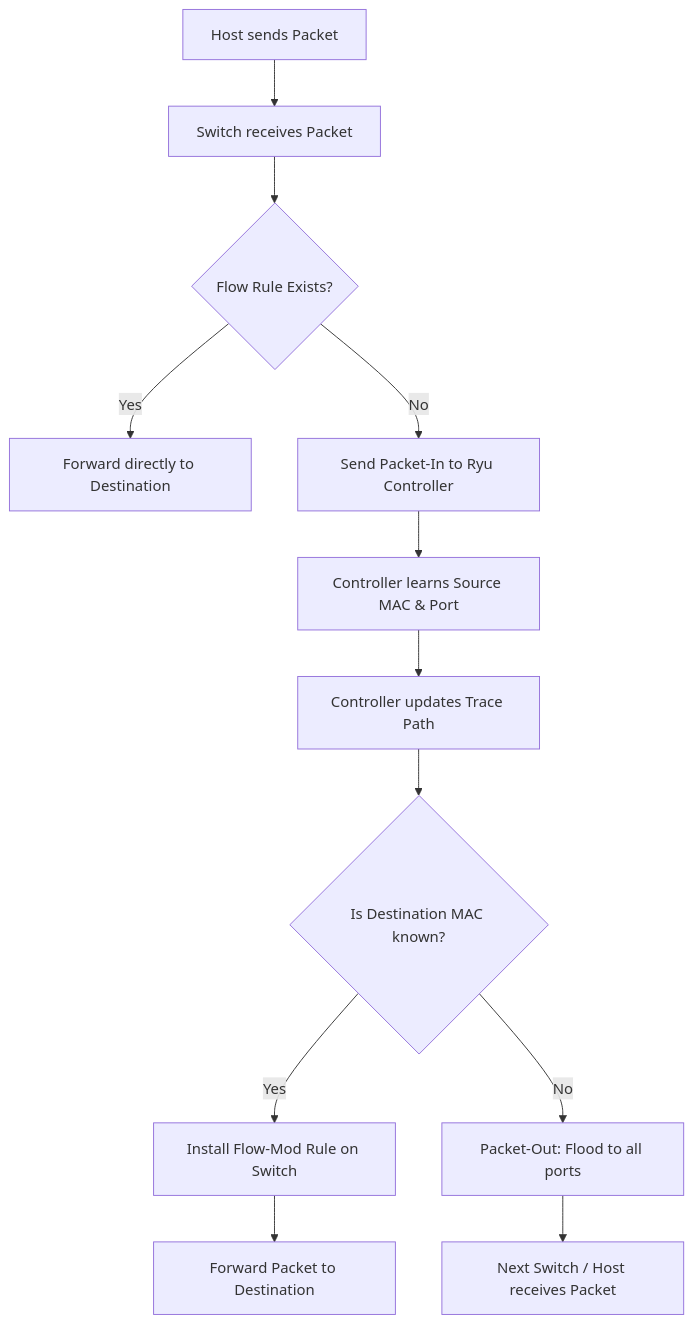
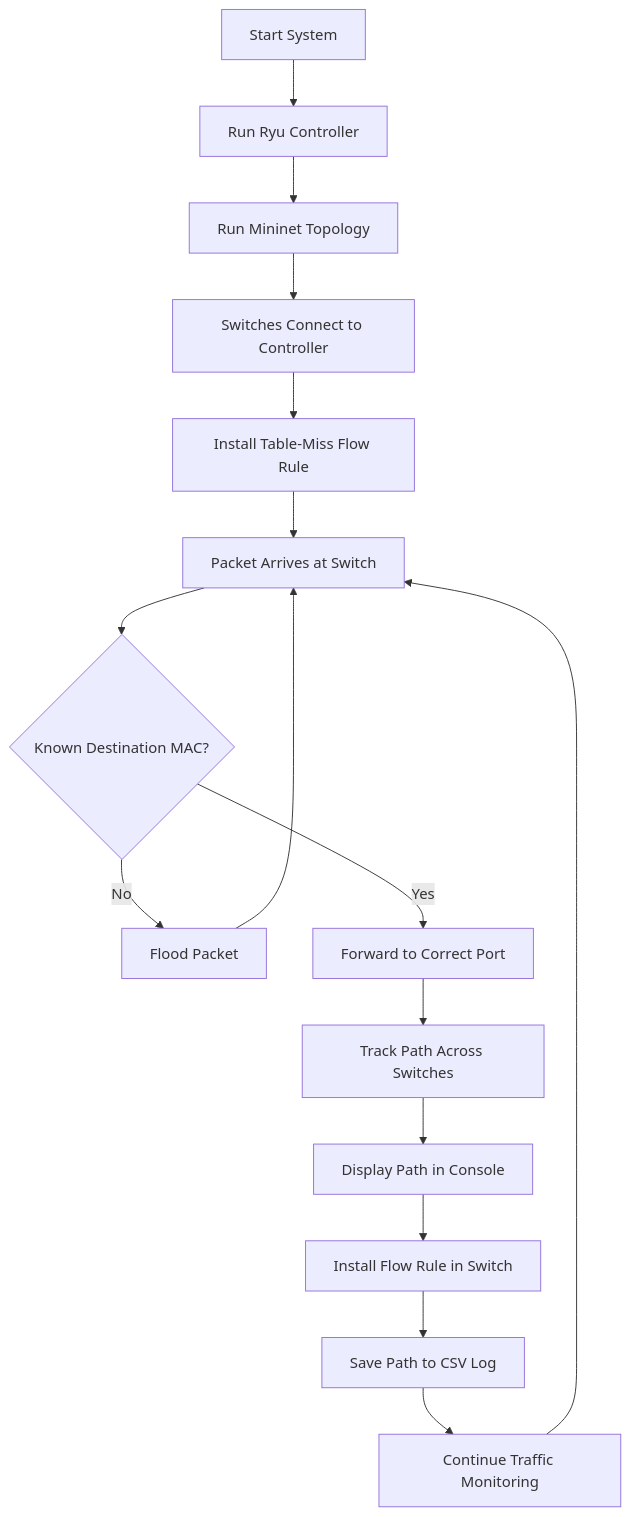
One commit to Murali-co/CN_ORANGE_PATH_TRACING_TOOL_MURALI_PES2UG25AM805 changed the diagram in README.md. Above: the diagram before and after it, drawn with Mermaid. The commit also changed other lines of this file, not shown here.

Commit message:
docs: Update flowchart to match system architecture image

````diff
--- a/README.md
+++ b/README.md
@@ -73,14 +45,18 @@
 ```mermaid
 flowchart TD
-    A[Host sends Packet] --> B[Switch receives Packet]
-    B --> C{Flow Rule Exists?}
-    C -- Yes --> D[Forward directly to Destination]
-    C -- No --> E[Send Packet-In to Ryu Controller]
-    E --> F[Controller learns Source MAC & Port]
-    F --> G[Controller updates Trace Path]
-    G --> H{Is Destination MAC known?}
-    H -- Yes --> I[Install Flow-Mod Rule on Switch]
-    I --> J[Forward Packet to Destination]
-    H -- No --> K[Packet-Out: Flood to all ports]
-    K --> L[Next Switch / Host receives Packet]
+    A[Start System] --> B[Run Ryu Controller]
+    B --> C[Run Mininet Topology]
+    C --> D[Switches Connect to Controller]
+    D --> E[Install Table-Miss Flow Rule]
+    E --> F[Packet Arrives at Switch]
+    F --> G{Known Destination MAC?}
+    G -- No --> H[Flood Packet]
+    H --> F
+    G -- Yes --> I[Forward to Correct Port]
+    I --> J[Track Path Across Switches]
+    J --> K[Display Path in Console]
+    K --> L[Install Flow Rule in Switch]
+    L --> M[Save Path to CSV Log]
+    M --> N[Continue Traffic Monitoring]
+    N --> F
 ```
````
